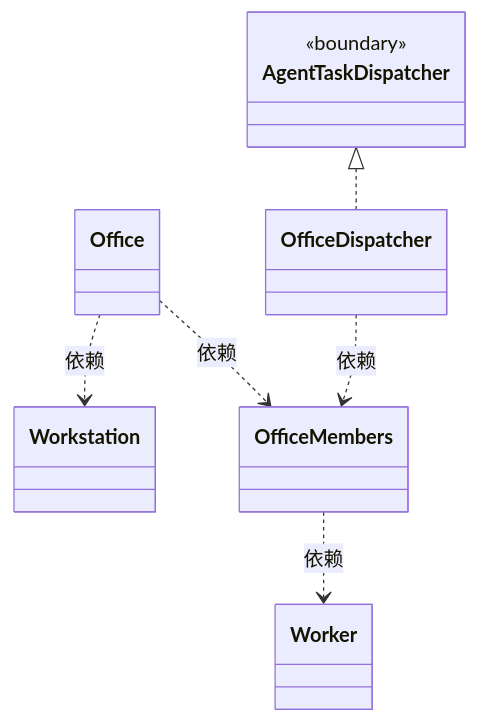
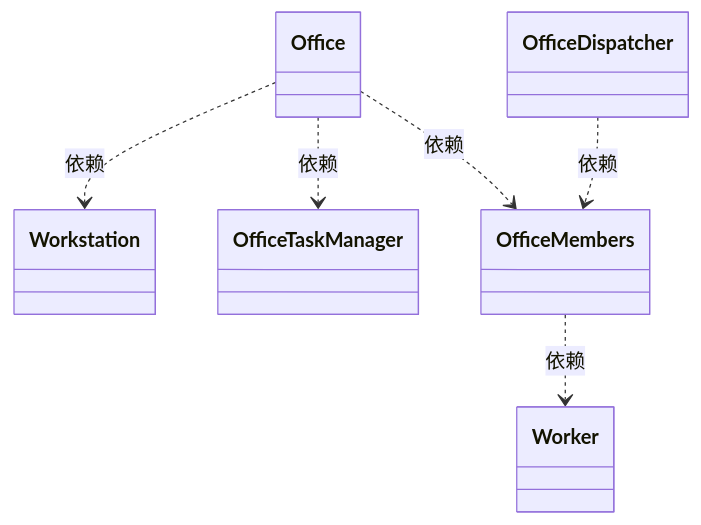
Before and after one commit to nan023062/cbim: the first of 2 diagrams in src/framework/office/ARCHITECTURE.md, drawn with Mermaid. The commit also changed other lines of this file and 15 other files, not shown here.

Commit message:
Implement Office task scheduling and desktop agent conversations

````diff
--- a/src/framework/office/ARCHITECTURE.md
+++ b/src/framework/office/ARCHITECTURE.md
@@ -37,22 +38,20 @@
 ```mermaid
 classDiagram
+class N_ffd9d70903a7["Office"]
+click N_ffd9d70903a7 href "office.ts"
+class N_11622fd437a0["Workstation"]
+click N_11622fd437a0 href "workstation.ts"
+class N_c7ef68ff2025["OfficeTaskManager"]
+click N_c7ef68ff2025 href "task-manager.ts"
 class N_59750c90a0a0["OfficeMembers"]
 click N_59750c90a0a0 href "members.ts"
 class N_94112da49e14["Worker"]
 click N_94112da49e14 href "worker.ts"
-class N_ffd9d70903a7["Office"]
-click N_ffd9d70903a7 href "office.ts"
 class N_a2efd1e9efe3["OfficeDispatcher"]
 click N_a2efd1e9efe3 href "index.ts"
-class N_11622fd437a0["Workstation"]
-click N_11622fd437a0 href "workstation.ts"
-class N_89a1c69bfd27["AgentTaskDispatcher"] {
-  <<boundary>>
-}
-click N_89a1c69bfd27 href "../cability/agent/execution.ts"
 N_59750c90a0a0 ..> N_94112da49e14 : 依赖
 N_ffd9d70903a7 ..> N_11622fd437a0 : 依赖
+N_ffd9d70903a7 ..> N_c7ef68ff2025 : 依赖
 N_ffd9d70903a7 ..> N_59750c90a0a0 : 依赖
 N_a2efd1e9efe3 ..> N_59750c90a0a0 : 依赖
-N_89a1c69bfd27 <|.. N_a2efd1e9efe3
 ```
````
